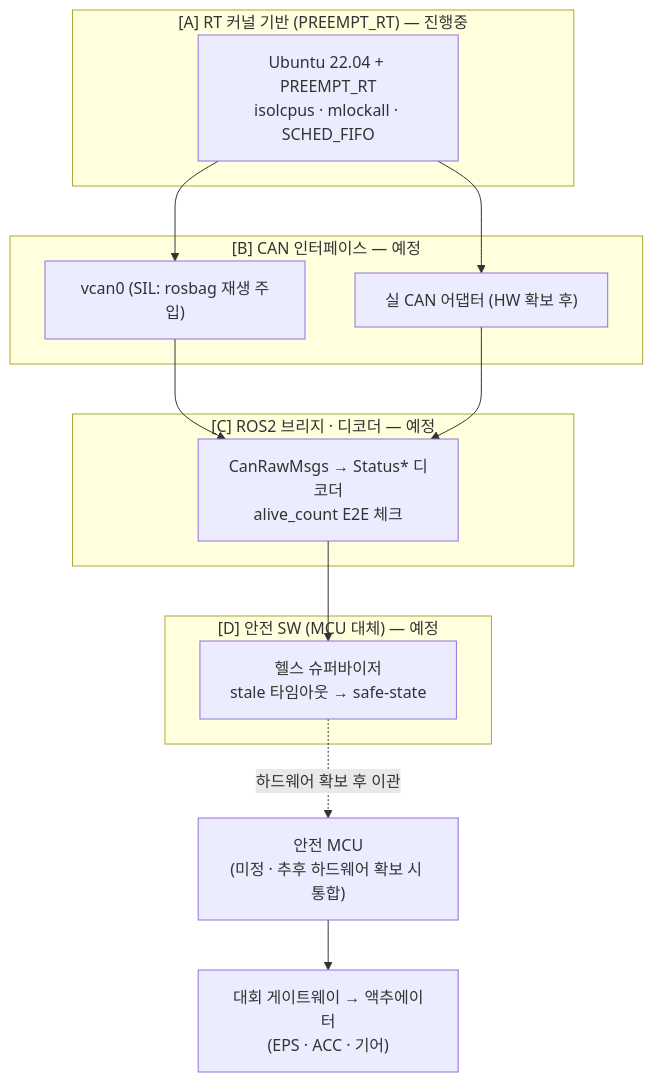
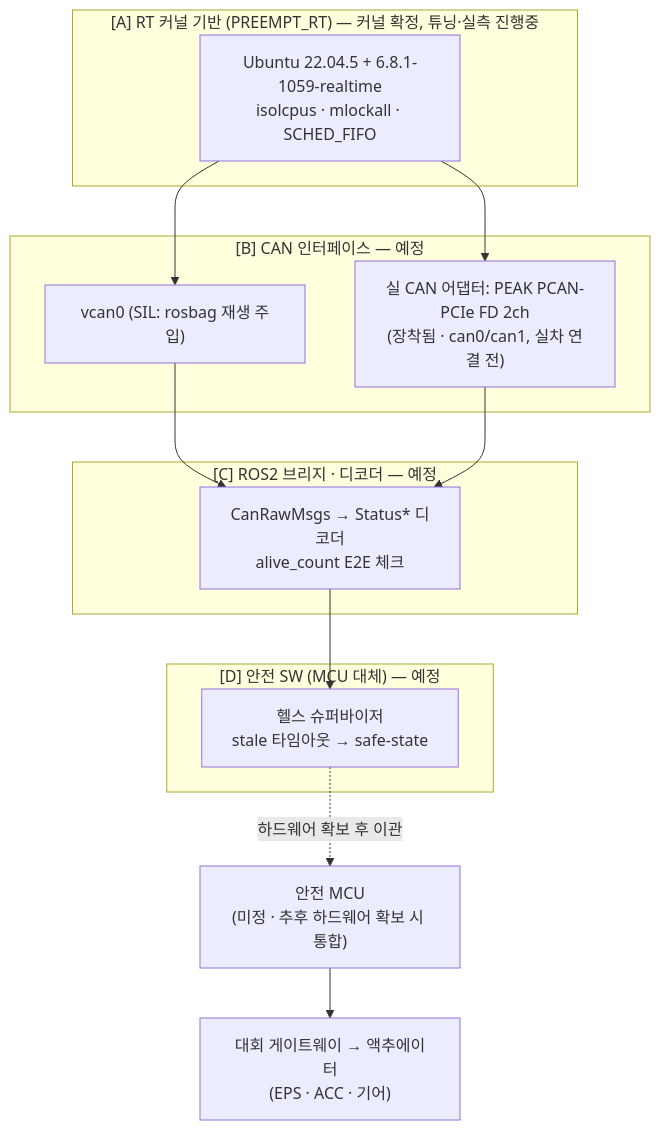
Before and after one commit to seungmin01-miru/A1-BSW: the first of 2 diagrams in can_stack_development.md, drawn with Mermaid. The commit also changed other lines of this file, not shown here.

First line of the commit message:
§5.A RT 커널 확정·호환성 판정·실측 결과 반영 (6.8.1-1059-realtime)

````diff
--- a/can_stack_development.md
+++ b/can_stack_development.md
@@ -20,26 +21,26 @@
 ```mermaid
 flowchart TB
-  subgraph A["[A] RT 커널 기반 (PREEMPT_RT) — 진행중"]
-    K["Ubuntu 22.04 + PREEMPT_RT<br/>isolcpus · mlockall · SCHED_FIFO"]
+  subgraph A["[A] RT 커널 기반 (PREEMPT_RT) — 커널 확정, 튜닝·실측 진행중"]
+    K["Ubuntu 22.04.5 + 6.8.1-1059-realtime<br/>isolcpus · mlockall · SCHED_FIFO"]
   end
   subgraph B["[B] CAN 인터페이스 — 예정"]
     VCAN["vcan0 (SIL: rosbag 재생 주입)"]
-    RCAN["실 CAN 어댑터 (HW 확보 후)"]
+    RCAN["실 CAN 어댑터: PEAK PCAN-PCIe FD 2ch<br/>(장착됨 · can0/can1, 실차 연결 전)"]
   end
   subgraph C["[C] ROS2 브리지 · 디코더 — 예정"]
     DEC["CanRawMsgs → Status* 디코더<br/>alive_count E2E 체크"]
   end
   subgraph D["[D] 안전 SW (MCU 대체) — 예정"]
     WD["헬스 슈퍼바이저<br/>stale 타임아웃 → safe-state"]
   end
   MCU["안전 MCU<br/>(미정 · 추후 하드웨어 확보 시 통합)"]
   GW["대회 게이트웨이 → 액추에이터<br/>(EPS · ACC · 기어)"]
 
   K --> VCAN
   K --> RCAN
   VCAN --> DEC
   RCAN --> DEC
   DEC --> WD
   WD -.하드웨어 확보 후 이관.-> MCU
   MCU --> GW
 ```
````
